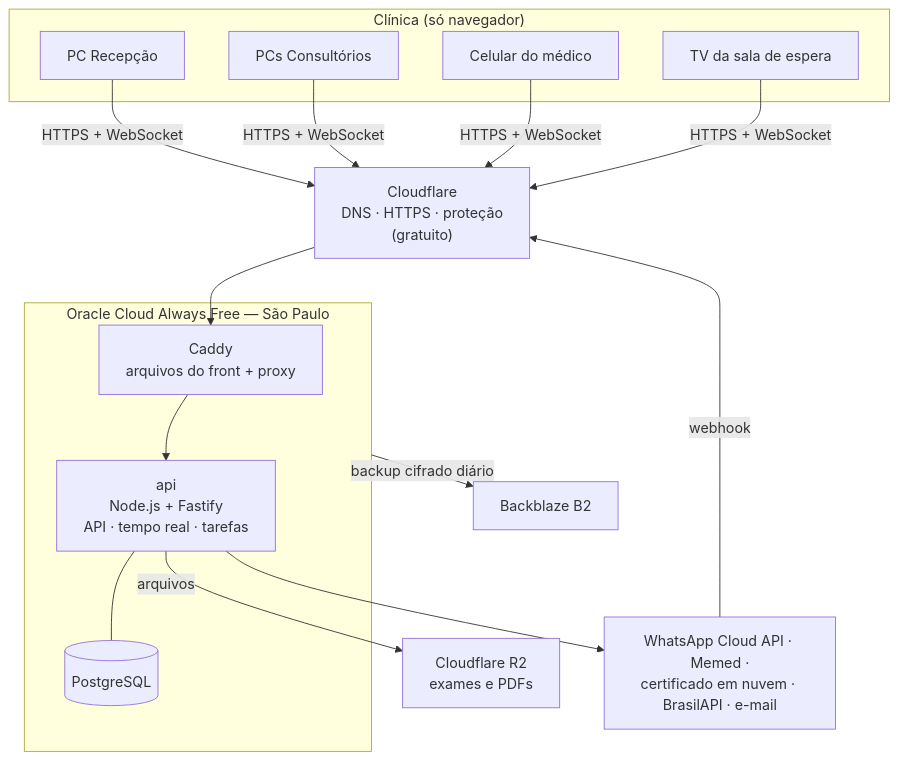
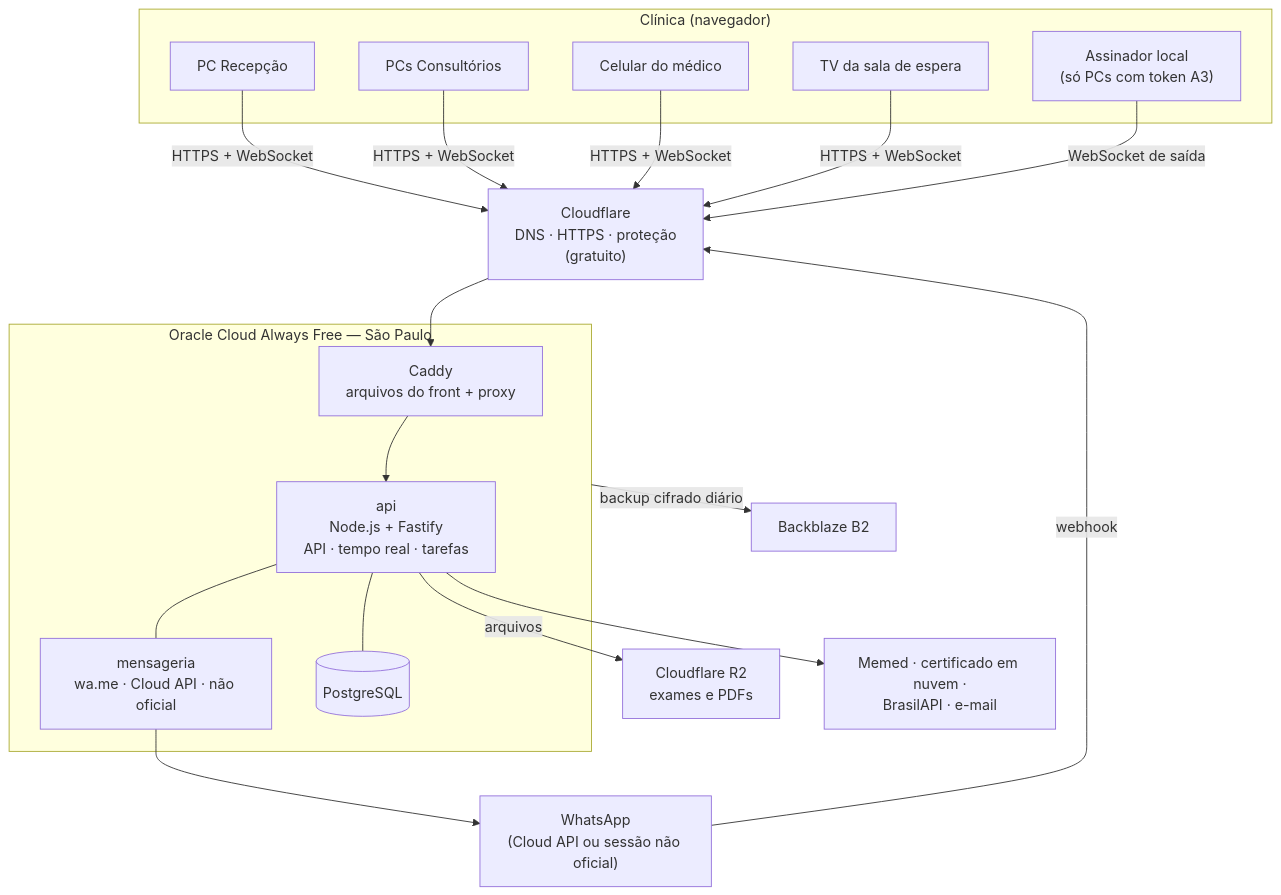
One commit to LucasE616/sis-clinicas changed the diagram in docs/arquitetura.md. Above: the diagram before and after it, drawn with Mermaid. The commit also changed other lines of this file and 2 other files, not shown here.

First line of the commit message:
Documentos atualizados com o levantamento de requisitos

````diff
--- a/docs/arquitetura.md
+++ b/docs/arquitetura.md
@@ -28,21 +31,26 @@
 ```mermaid
 flowchart TB
-  subgraph Clinica["Clínica (só navegador)"]
+  subgraph Clinica["Clínica (navegador)"]
     R["PC Recepção"]
     C["PCs Consultórios"]
+    A3["Assinador local<br/>(só PCs com token A3)"]
     M["Celular do médico"]
     TV["TV da sala de espera"]
   end
   R & C & M & TV -->|HTTPS + WebSocket| CF["Cloudflare<br/>DNS · HTTPS · proteção<br/>(gratuito)"]
+  A3 -->|WebSocket de saída| CF
   subgraph OCI["Oracle Cloud Always Free — São Paulo"]
     CADDY["Caddy<br/>arquivos do front + proxy"]
     API["api<br/>Node.js + Fastify<br/>API · tempo real · tarefas"]
+    WAN["mensageria<br/>wa.me · Cloud API · não oficial"]
     DB[("PostgreSQL")]
     CADDY --> API --- DB
+    API --- WAN
   end
   CF --> CADDY
   API -->|arquivos| R2["Cloudflare R2<br/>exames e PDFs"]
-  API --> EXT["WhatsApp Cloud API · Memed ·<br/>certificado em nuvem · BrasilAPI · e-mail"]
-  EXT -->|webhook| CF
+  API --> EXT["Memed · certificado em nuvem ·<br/>BrasilAPI · e-mail"]
+  WAN --> WA["WhatsApp<br/>(Cloud API ou sessão não oficial)"]
+  WA -->|webhook| CF
   OCI -->|backup cifrado diário| B2["Backblaze B2"]
 ```
````
